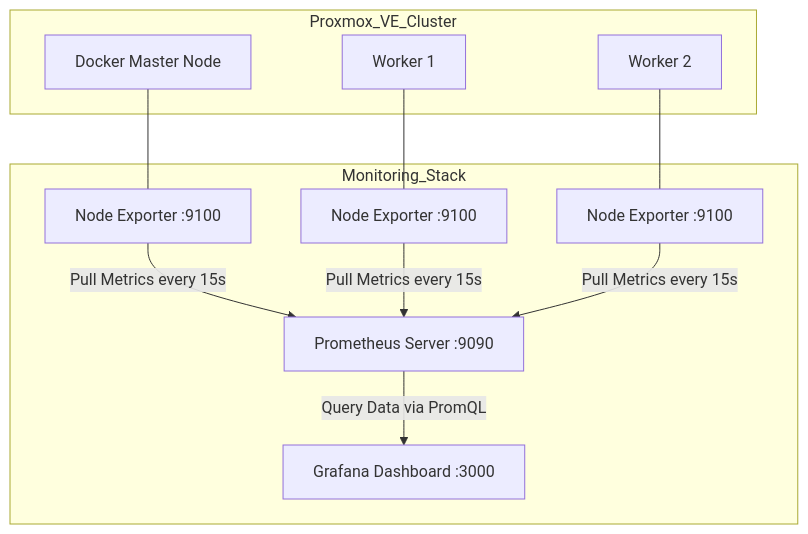
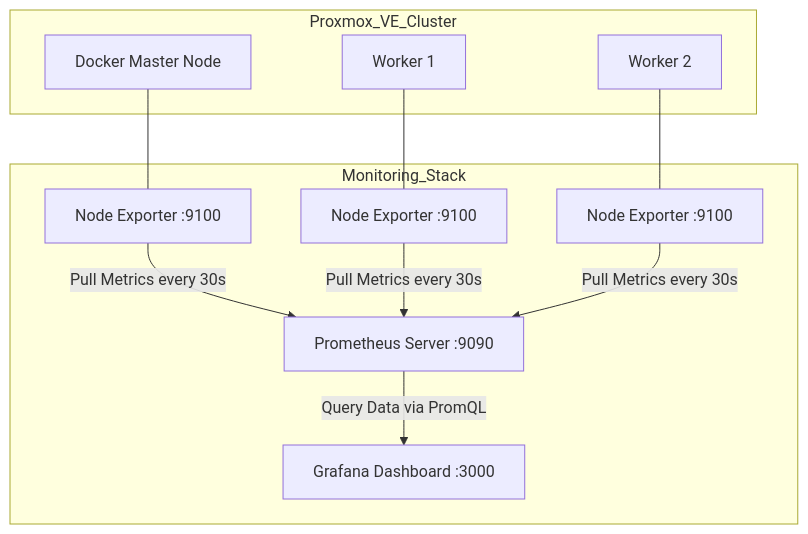
The diagram in README.md (mfadilla/Infrastructure), drawn with Mermaid before and after one commit.

Commit message:
Change metrics pull interval to 30 seconds
Updated metric pulling interval from 15 seconds to 30 seconds.

````diff
--- a/README.md
+++ b/README.md
@@ -16,23 +16,23 @@
 ```mermaid
 graph TD
     subgraph Proxmox_VE_Cluster
         Master[Docker Master Node]
         Worker1[Worker 1]
         Worker2[Worker 2]
     end
 
     subgraph Monitoring_Stack
         NE1[Node Exporter :9100]
         NE2[Node Exporter :9100]
         NE3[Node Exporter :9100]
         Prom[Prometheus Server :9090]
         Graf[Grafana Dashboard :3000]
     end
 
     Master --- NE1
     Worker1 --- NE2
     Worker2 --- NE3
     
-    NE1 & NE2 & NE3 -->|Pull Metrics every 15s| Prom
+    NE1 & NE2 & NE3 -->|Pull Metrics every 30s| Prom
     Prom -->|Query Data via PromQL| Graf
 ```
````
